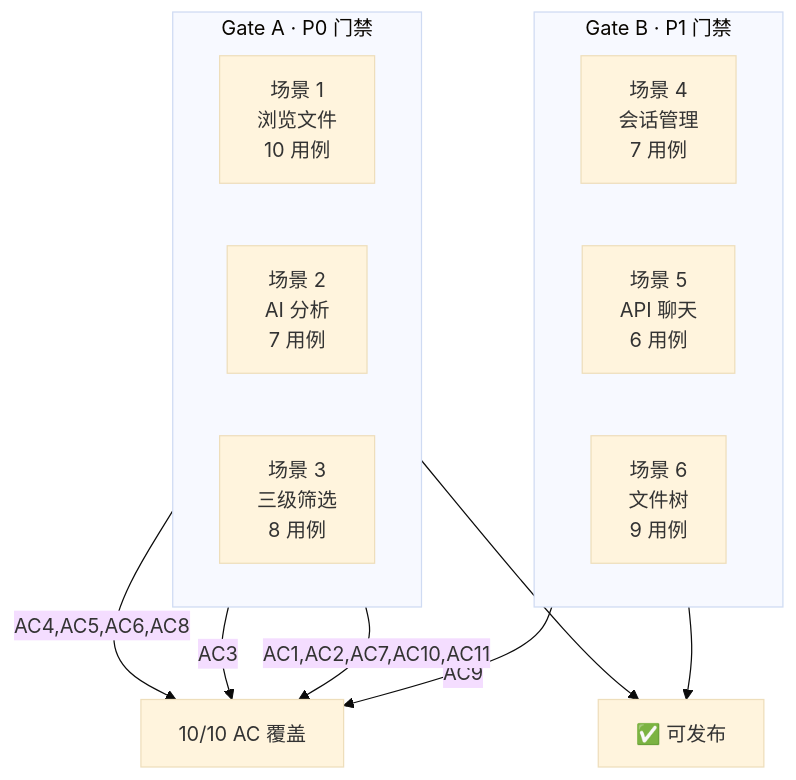
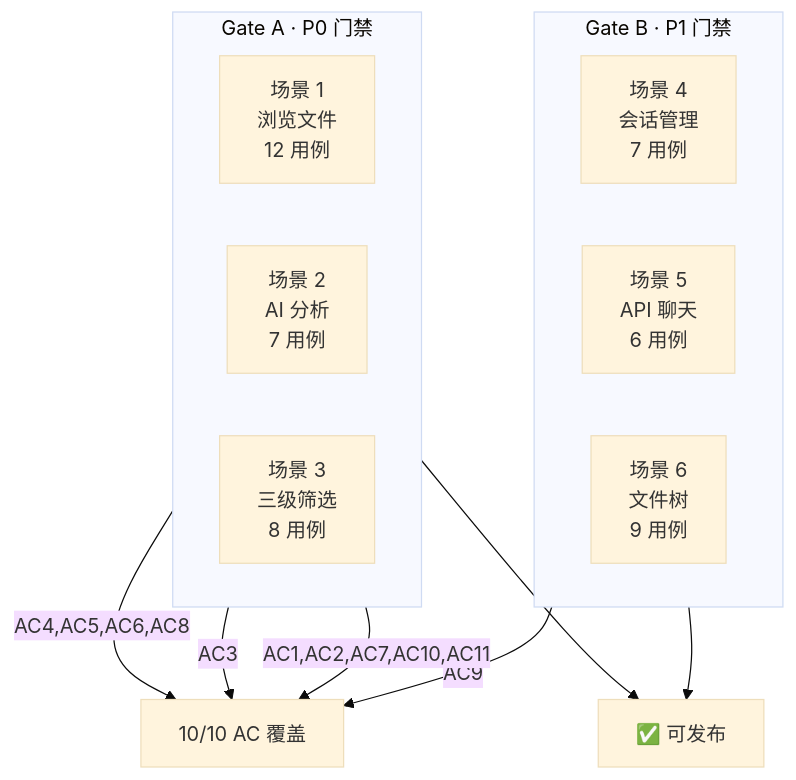
Before and after one commit to effiy/YiWeb: the first of 8 diagrams in docs/故事任务面板/aicr/测试设计.md, drawn with Mermaid (base theme). The commit also changed other lines of this file and 5 other files, not shown here.

````diff
--- a/docs/故事任务面板/aicr/测试设计.md
+++ b/docs/故事任务面板/aicr/测试设计.md
@@ -28,21 +28,21 @@
 ```mermaid
 flowchart TB
     subgraph GATE_A["Gate A · P0 门禁"]
         direction LR
-        S1["场景 1<br/>浏览文件<br/>10 用例"]
+        S1["场景 1<br/>浏览文件<br/>12 用例"]
         S2["场景 2<br/>AI 分析<br/>7 用例"]
         S3["场景 3<br/>三级筛选<br/>8 用例"]
     end
     subgraph GATE_B["Gate B · P1 门禁"]
         direction LR
         S4["场景 4<br/>会话管理<br/>7 用例"]
         S5["场景 5<br/>API 聊天<br/>6 用例"]
         S6["场景 6<br/>文件树<br/>9 用例"]
     end
     GATE_A --> RELEASE["✅ 可发布"]
     GATE_B --> RELEASE
     S1 -- "AC1,AC2,AC7,AC10,AC11" --> COV["10/10 AC 覆盖"]
     S2 -- "AC3" --> COV
     S3 -- "AC4,AC5,AC6,AC8" --> COV
     S4 -- "AC9" --> COV
 ```
````
